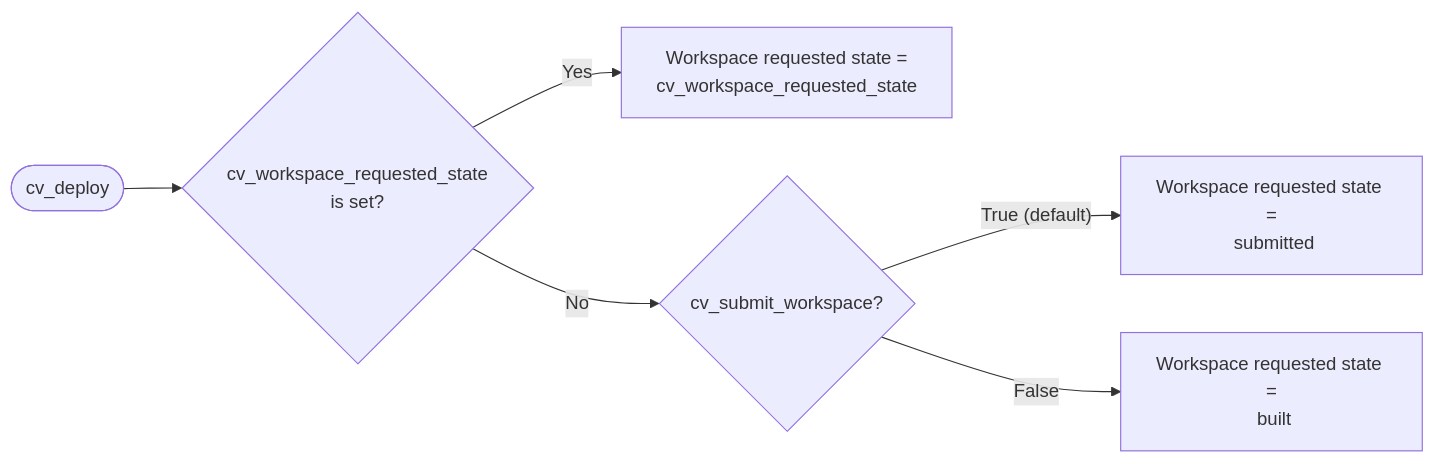
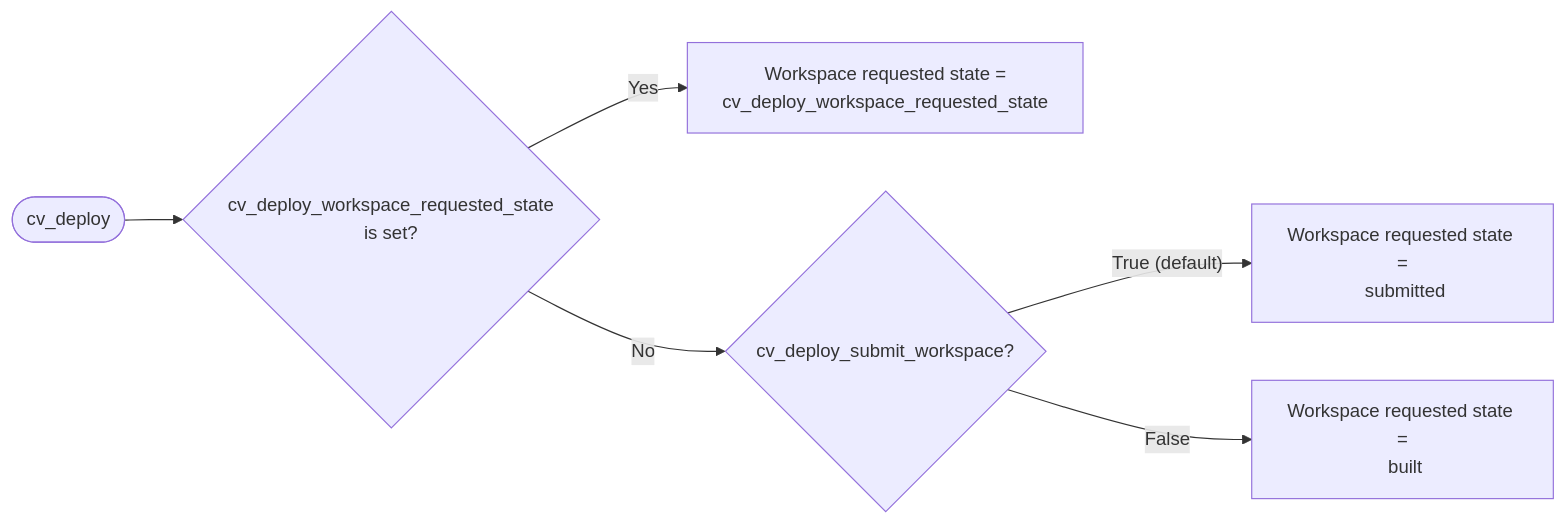
The second of 3 diagrams in ansible_collections/arista/avd/roles/cv_deploy/README.md (aristanetworks/avd), drawn with Mermaid before and after one commit. The commit also changed other lines of this file and 74 other files, not shown here.

````diff
--- a/ansible_collections/arista/avd/roles/cv_deploy/README.md
+++ b/ansible_collections/arista/avd/roles/cv_deploy/README.md
@@ -374,8 +374,8 @@
 ```mermaid
 flowchart LR
-    A([cv_deploy]) --> B{"cv_workspace_requested_state\nis set?"}
-    B -- Yes --> C["Workspace requested state =\ncv_workspace_requested_state"]
-    B -- No --> D{cv_submit_workspace?}
+    A([cv_deploy]) --> B{"cv_deploy_workspace_requested_state\nis set?"}
+    B -- Yes --> C["Workspace requested state =\ncv_deploy_workspace_requested_state"]
+    B -- No --> D{cv_deploy_submit_workspace?}
     D -- "True (default)" --> E["Workspace requested state =\n submitted"]
     D -- False --> F["Workspace requested state =\n built"]
 ```
````
